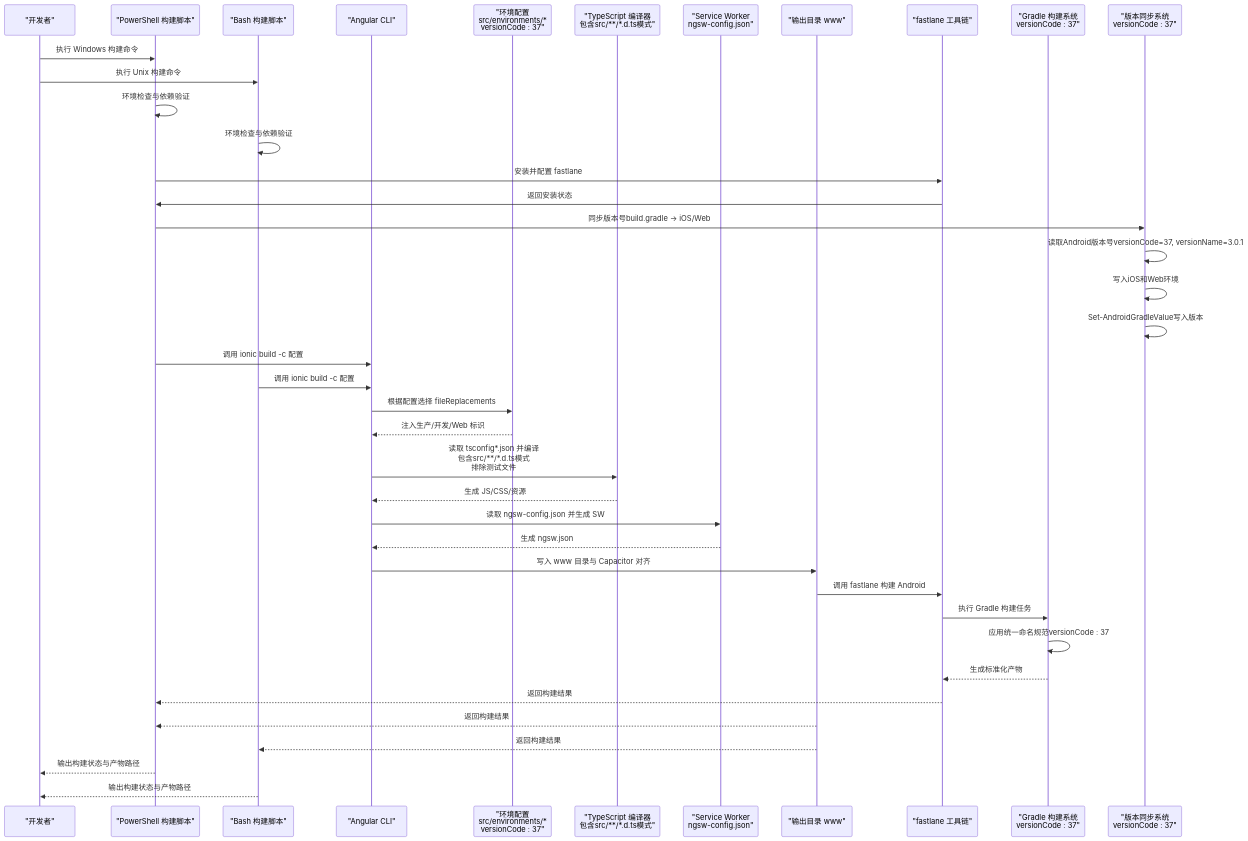
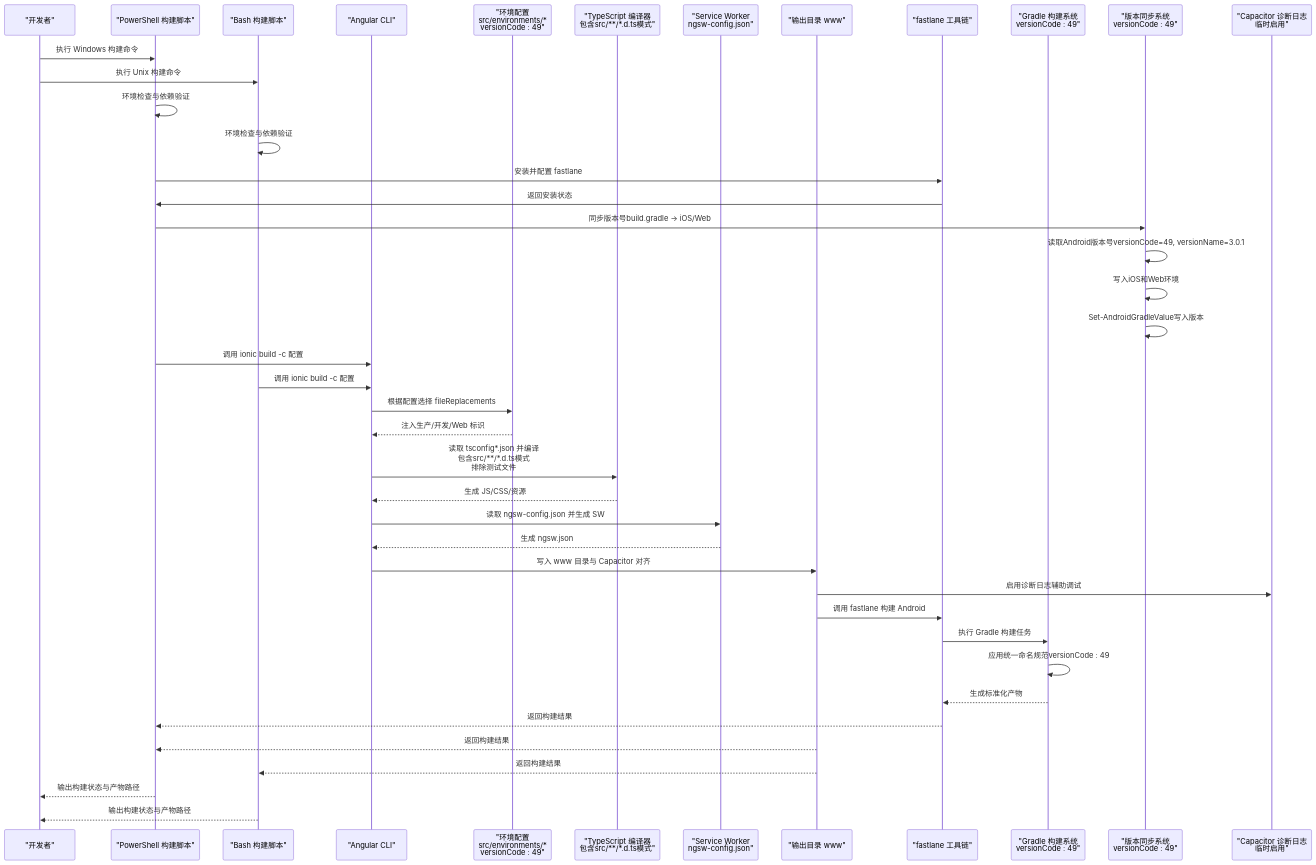
Before and after one commit to tea4go/Macro-Deck-Client-App: the second of 6 diagrams in .qoder/repowiki/zh/content/构建与部署/构建配置.md, drawn with Mermaid. The commit also changed other lines of this file and 45 other files, not shown here.

````diff
--- a/.qoder/repowiki/zh/content/构建与部署/构建配置.md
+++ b/.qoder/repowiki/zh/content/构建与部署/构建配置.md
@@ -194,42 +203,44 @@
 ```mermaid
 sequenceDiagram
 participant Dev as "开发者"
 participant WinPS as "PowerShell 构建脚本"
 participant UnixSh as "Bash 构建脚本"
 participant CLI as "Angular CLI"
-participant Env as "环境配置<br/>src/environments/*<br/>versionCode : 37"
+participant Env as "环境配置<br/>src/environments/*<br/>versionCode : 49"
 participant TS as "TypeScript 编译器<br/>包含src/**/*.d.ts模式"
 participant SW as "Service Worker<br/>ngsw-config.json"
 participant Out as "输出目录 www"
 participant Fastlane as "fastlane 工具链"
-participant Gradle as "Gradle 构建系统<br/>versionCode : 37"
-participant VersionSync as "版本同步系统<br/>versionCode : 37"
+participant Gradle as "Gradle 构建系统<br/>versionCode : 49"
+participant VersionSync as "版本同步系统<br/>versionCode : 49"
+participant DiagLog as "Capacitor 诊断日志<br/>临时启用"
 Dev->>WinPS : 执行 Windows 构建命令
 Dev->>UnixSh : 执行 Unix 构建命令
 WinPS->>WinPS : 环境检查与依赖验证
 UnixSh->>UnixSh : 环境检查与依赖验证
 WinPS->>Fastlane : 安装并配置 fastlane
 Fastlane->>WinPS : 返回安装状态
 WinPS->>VersionSync : 同步版本号build.gradle -> iOS/Web
-VersionSync->>VersionSync : 读取Android版本号versionCode=37, versionName=3.0.1
+VersionSync->>VersionSync : 读取Android版本号versionCode=49, versionName=3.0.1
 VersionSync->>VersionSync : 写入iOS和Web环境
 VersionSync->>VersionSync : Set-AndroidGradleValue写入版本
 WinPS->>CLI : 调用 ionic build -c 配置
 UnixSh->>CLI : 调用 ionic build -c 配置
 CLI->>Env : 根据配置选择 fileReplacements
 Env-->>CLI : 注入生产/开发/Web 标识
 CLI->>TS : 读取 tsconfig*.json 并编译<br/>包含src/**/*.d.ts模式<br/>排除测试文件
 TS-->>CLI : 生成 JS/CSS/资源
 CLI->>SW : 读取 ngsw-config.json 并生成 SW
 SW-->>CLI : 生成 ngsw.json
 CLI->>Out : 写入 www 目录与 Capacitor 对齐
+Out->>DiagLog : 启用诊断日志辅助调试
 Out->>Fastlane : 调用 fastlane 构建 Android
 Fastlane->>Gradle : 执行 Gradle 构建任务
-Gradle->>Gradle : 应用统一命名规范versionCode : 37
+Gradle->>Gradle : 应用统一命名规范versionCode : 49
 Gradle-->>Fastlane : 生成标准化产物
 Fastlane-->>WinPS : 返回构建结果
 Out-->>WinPS : 返回构建结果
 Out-->>UnixSh : 返回构建结果
 WinPS-->>Dev : 输出构建状态与产物路径
 UnixSh-->>Dev : 输出构建状态与产物路径
 ```
````
